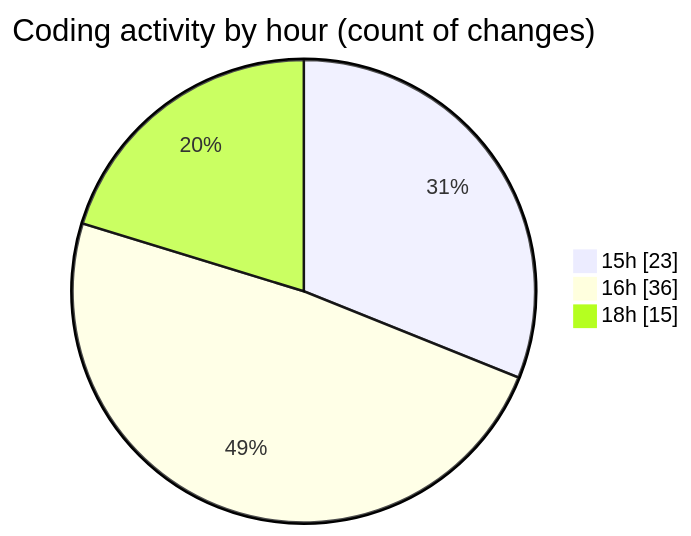
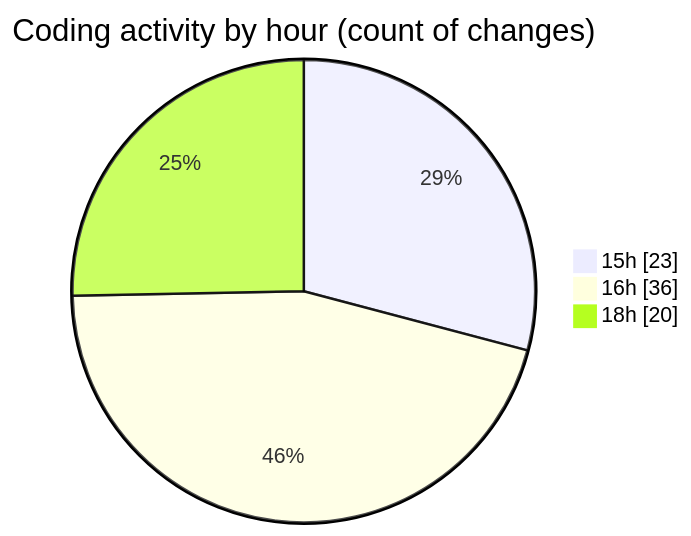
The second of 2 diagrams in 2025-04-01/back-end/README.md (Netris89/code-tracking), drawn with Mermaid before and after one commit. The commit also changed other lines of this file and 1 other file, not shown here.

````diff
--- a/2025-04-01/back-end/README.md
+++ b/2025-04-01/back-end/README.md
@@ -33,7 +33,7 @@
 ```mermaid
 pie showData
 title Coding activity by hour (count of changes)
 "15h" : 23
 "16h" : 36
-"18h" : 15
+"18h" : 20
 ```
````
